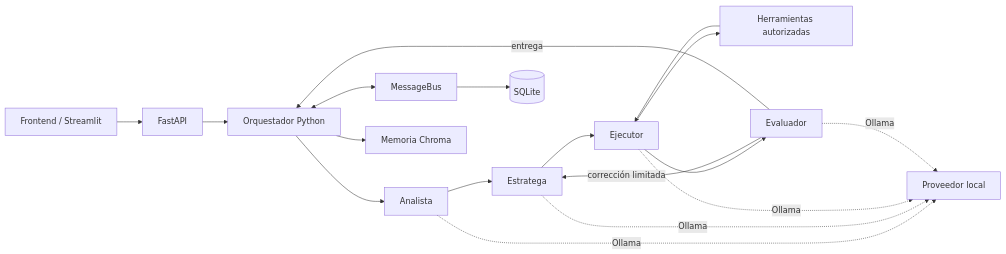
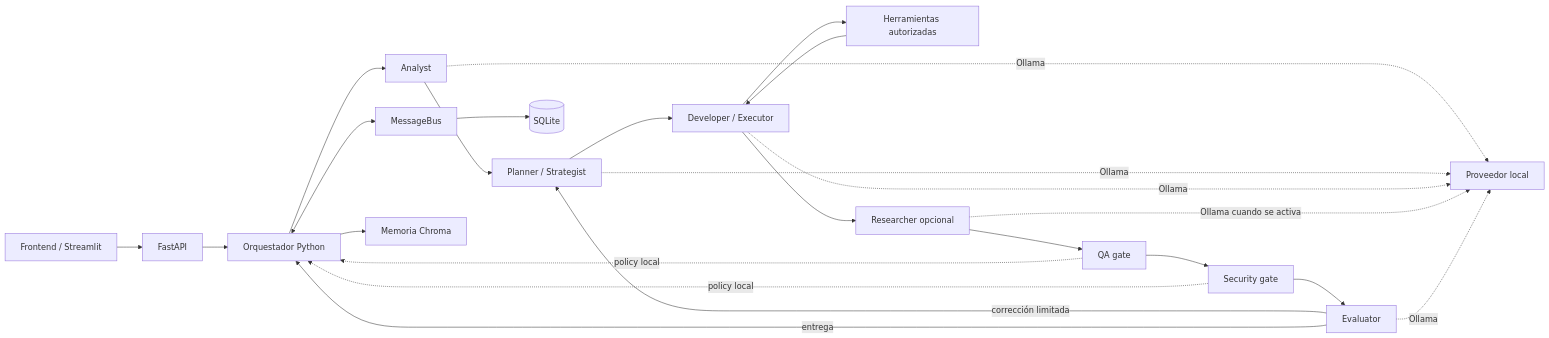
One commit to RubenArielArguello-ai/Copia-de-NEXO-MultiAgent-entrega changed the diagram in ARQUITECTURA.md. Above: the diagram before and after it, drawn with Mermaid. The commit also changed other lines of this file and 31 other files, not shown here.

````diff
--- a/ARQUITECTURA.md
+++ b/ARQUITECTURA.md
@@ -12,17 +12,25 @@
 ```mermaid
 flowchart LR
   UI[Frontend / Streamlit] --> API[FastAPI]
   API --> O[Orquestador Python]
-  O --> A[Analista] --> S[Estratega] --> X[Ejecutor]
+  O --> A[Analyst]
+  A --> S[Planner / Strategist]
+  S --> X[Developer / Executor]
   X --> T[Herramientas autorizadas] --> X
-  X --> E[Evaluador]
+  X --> R[Researcher opcional]
+  R --> Q[QA gate]
+  Q --> SEC[Security gate]
+  SEC --> E[Evaluator]
   E -->|corrección limitada| S
   E -->|entrega| O
   O <--> MB[MessageBus]
   MB --> DB[(SQLite)]
   O --> M[Memoria Chroma]
   A -. Ollama .-> L[Proveedor local]
   S -. Ollama .-> L
   X -. Ollama .-> L
+  R -. Ollama cuando se activa .-> L
   E -. Ollama .-> L
+  Q -. policy local .-> O
+  SEC -. policy local .-> O
 ```
````
